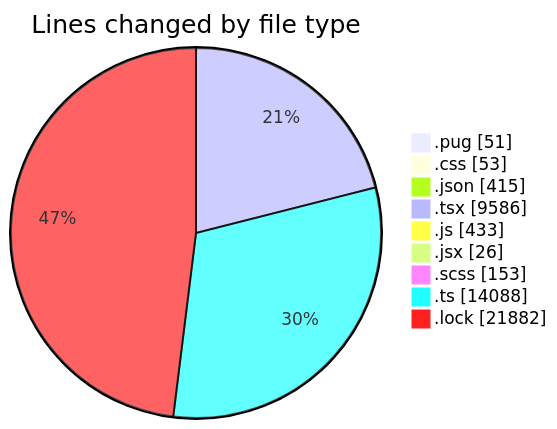
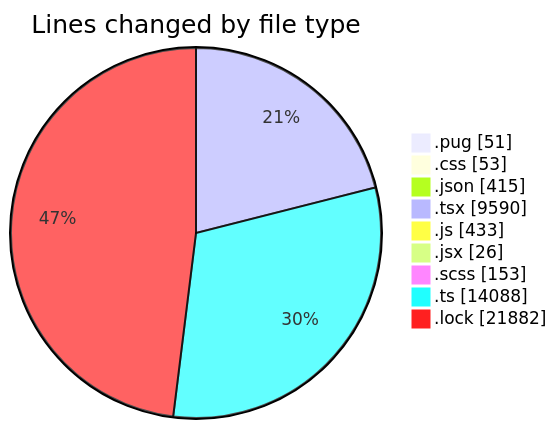
Before and after one commit to momahboobian/code-tracking: the first of 2 diagrams in 2025-11-06/cda/README.md, drawn with Mermaid. The commit also changed other lines of this file and 1 other file, not shown here.

````diff
--- a/2025-11-06/cda/README.md
+++ b/2025-11-06/cda/README.md
@@ -51,13 +51,13 @@
 ```mermaid
 pie showData
 title Lines changed by file type
 ".pug" : 51
 ".css" : 53
 ".json" : 415
-".tsx" : 9586
+".tsx" : 9590
 ".js" : 433
 ".jsx" : 26
 ".scss" : 153
 ".ts" : 14088
 ".lock" : 21882
 ```
````
